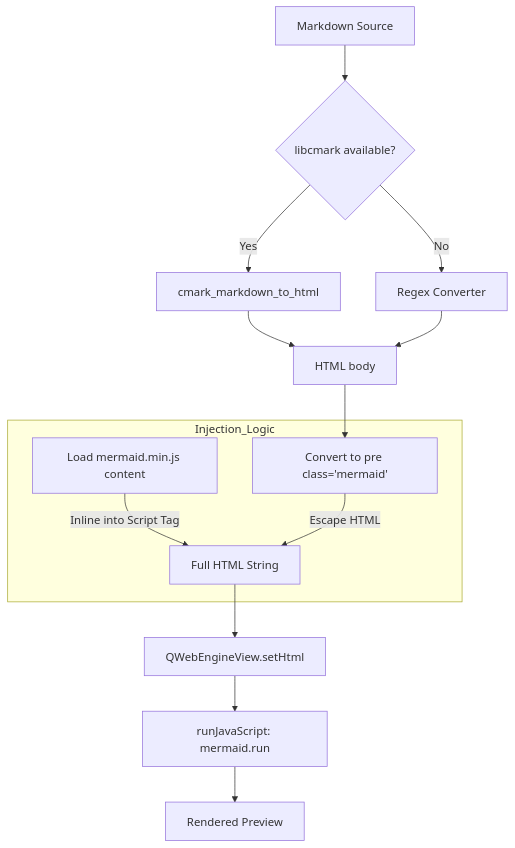
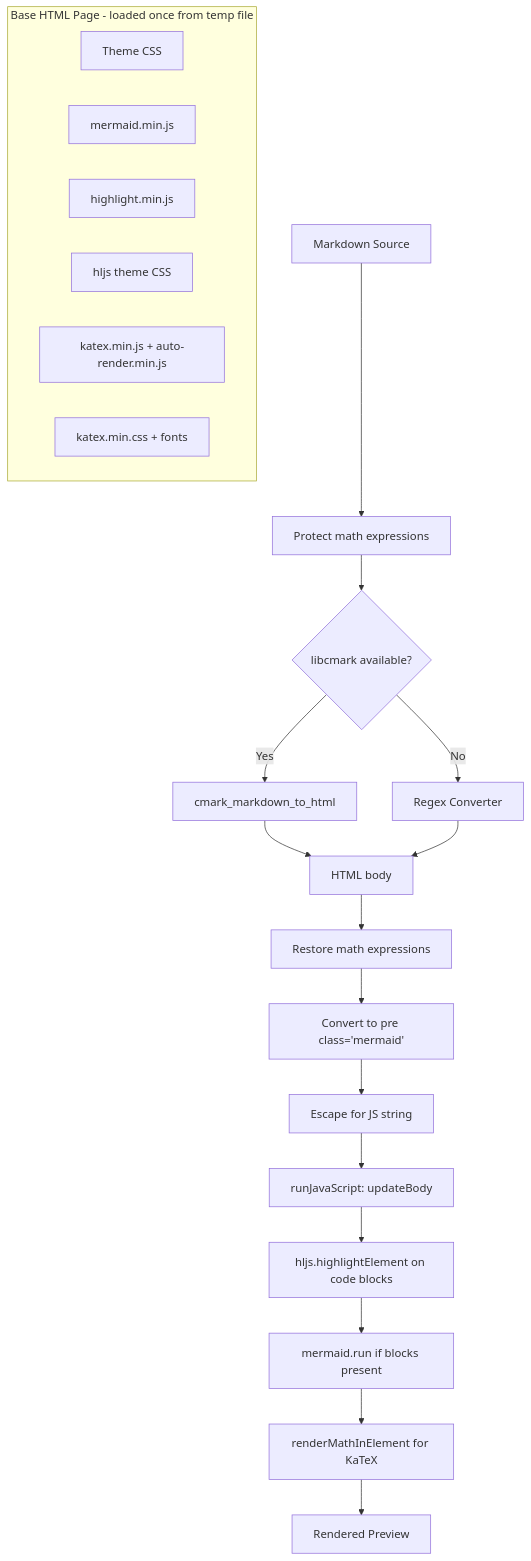
Before and after one commit to dkrse/vibe-coder: diagram 19 of 20 in docs/diagrams.md, drawn with Mermaid. The commit also changed other lines of this file and 38 other files, not shown here.

````diff
--- a/docs/diagrams.md
+++ b/docs/diagrams.md
@@ -673,19 +685,23 @@
 ```mermaid
 flowchart TD
-    MD[Markdown Source] --> CMARK{libcmark available?}
+    MD[Markdown Source] --> PROT[Protect math expressions]
+    PROT --> CMARK{libcmark available?}
     CMARK -->|Yes| CM[cmark_markdown_to_html]
     CMARK -->|No| RX[Regex Converter]
     CM --> HTML[HTML body]
     RX --> HTML
+    HTML --> RESTORE[Restore math expressions]
 
-    HTML --> MERM[Convert to pre class='mermaid']
-    
-    subgraph Injection_Logic
-        SCR[Load mermaid.min.js content] -->|Inline into Script Tag| FULL_JS
-        MERM -->|Escape HTML| FULL_JS[Full HTML String]
+    RESTORE --> MERM[Convert to pre class='mermaid']
+    MERM --> ESC[Escape for JS string]
+    ESC --> JS[runJavaScript: updateBody]
+
+    subgraph Base_Page[Base HTML Page - loaded once from temp file]
+        CSS[Theme CSS] & MJS[mermaid.min.js] & HLJS[highlight.min.js] & HCSS[hljs theme CSS] & KJS[katex.min.js + auto-render.min.js] & KCSS[katex.min.css + fonts]
     end
 
-    FULL_JS --> WEB[QWebEngineView.setHtml]
-    WEB --> INIT[runJavaScript: mermaid.run]
-    INIT --> RENDER[Rendered Preview]
+    JS --> HIGHLIGHT[hljs.highlightElement on code blocks]
+    HIGHLIGHT --> MRUN[mermaid.run if blocks present]
+    MRUN --> KATEX[renderMathInElement for KaTeX]
+    KATEX --> RENDER[Rendered Preview]
 ```
````
